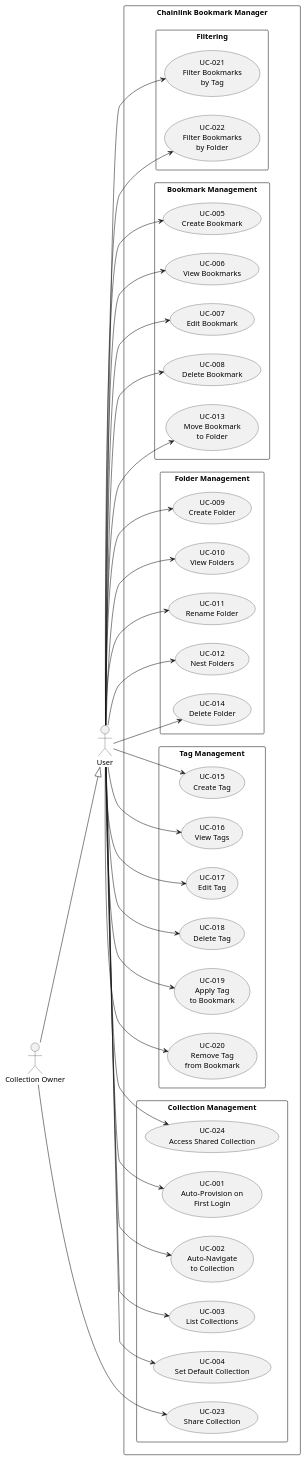
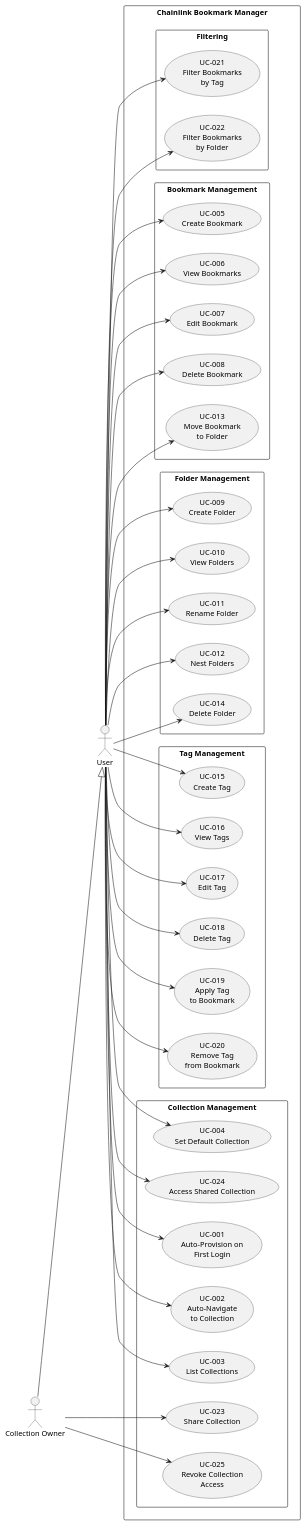
Before and after one commit to linkweave/linkweave: the diagram in docs/use_cases.puml, drawn with PlantUML. The commit also changed 26 other files, not shown here.

```diff
--- a/docs/use_cases.puml
+++ b/docs/use_cases.puml
@@ -1,85 +1,87 @@
 @startuml Chainlink Use Cases
 left to right direction
 
 actor "User" as user
 actor "Collection Owner" as owner
 
 owner --|> user
 
 rectangle "Chainlink Bookmark Manager" {
 
     rectangle "Collection Management" {
         usecase "UC-001\nAuto-Provision on\nFirst Login" as UC001
         usecase "UC-002\nAuto-Navigate\nto Collection" as UC002
         usecase "UC-003\nList Collections" as UC003
         usecase "UC-004\nSet Default Collection" as UC004
         usecase "UC-023\nShare Collection" as UC023
         usecase "UC-024\nAccess Shared Collection" as UC024
+        usecase "UC-025\nRevoke Collection\nAccess" as UC025
     }
 
     rectangle "Bookmark Management" {
         usecase "UC-005\nCreate Bookmark" as UC005
         usecase "UC-006\nView Bookmarks" as UC006
         usecase "UC-007\nEdit Bookmark" as UC007
         usecase "UC-008\nDelete Bookmark" as UC008
         usecase "UC-013\nMove Bookmark\nto Folder" as UC013
     }
 
     rectangle "Folder Management" {
         usecase "UC-009\nCreate Folder" as UC009
         usecase "UC-010\nView Folders" as UC010
         usecase "UC-011\nRename Folder" as UC011
         usecase "UC-012\nNest Folders" as UC012
         usecase "UC-014\nDelete Folder" as UC014
     }
 
     rectangle "Tag Management" {
         usecase "UC-015\nCreate Tag" as UC015
         usecase "UC-016\nView Tags" as UC016
         usecase "UC-017\nEdit Tag" as UC017
         usecase "UC-018\nDelete Tag" as UC018
         usecase "UC-019\nApply Tag\nto Bookmark" as UC019
         usecase "UC-020\nRemove Tag\nfrom Bookmark" as UC020
     }
 
     rectangle "Filtering" {
         usecase "UC-021\nFilter Bookmarks\nby Tag" as UC021
         usecase "UC-022\nFilter Bookmarks\nby Folder" as UC022
     }
 }
 
 ' Collection Management
 user --> UC001
 user --> UC002
 user --> UC003
 user --> UC004
 owner --> UC023
 user --> UC024
+owner --> UC025
 
 ' Bookmark Management
 user --> UC005
 user --> UC006
 user --> UC007
 user --> UC008
 user --> UC013
 
 ' Folder Management
 user --> UC009
 user --> UC010
 user --> UC011
 user --> UC012
 user --> UC014
 
 ' Tag Management
 user --> UC015
 user --> UC016
 user --> UC017
 user --> UC018
 user --> UC019
 user --> UC020
 
 ' Filtering
 user --> UC021
 user --> UC022
 
 @enduml
```
